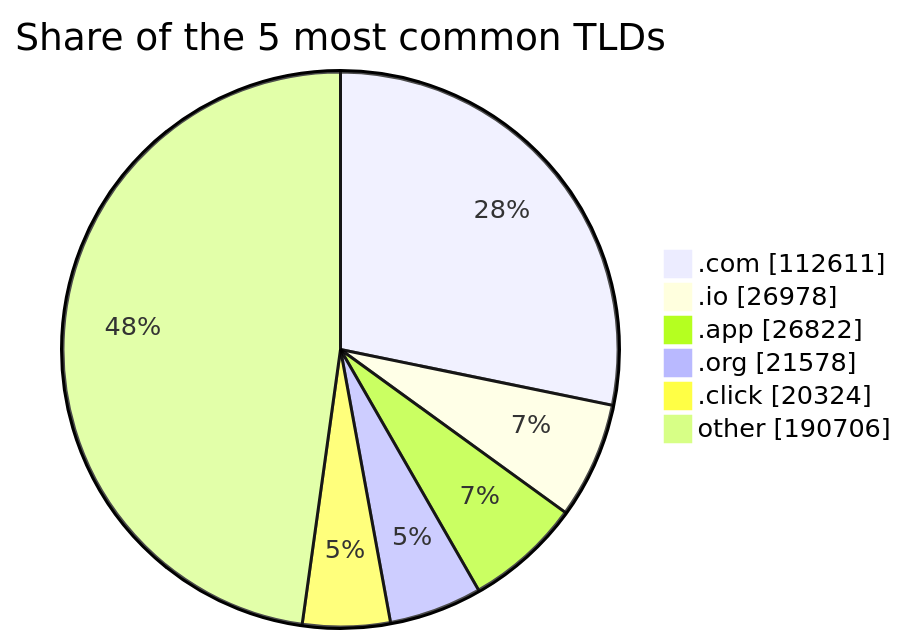
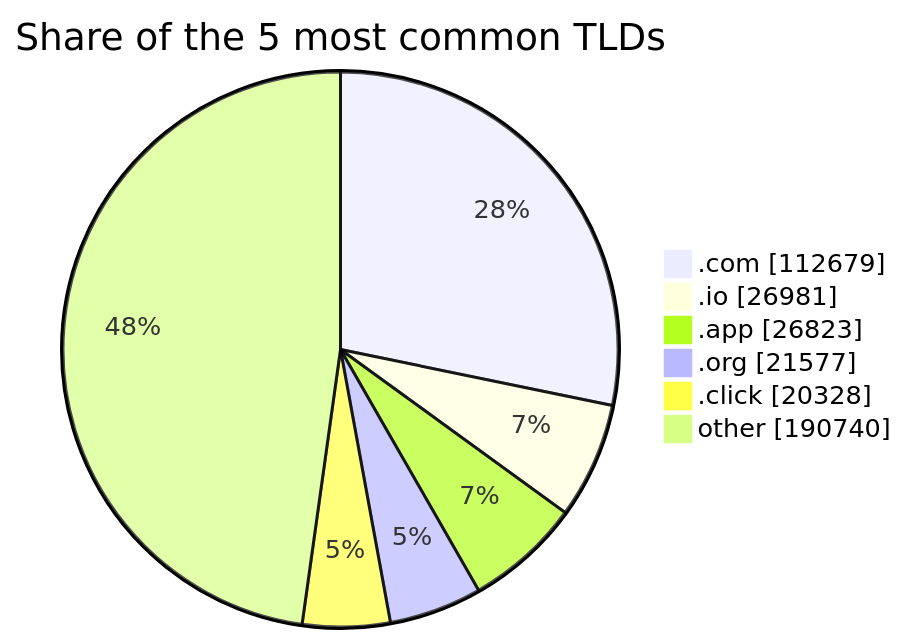
One commit to DNSBunker/CTI changed the third of 3 diagrams in README.md. Above: the diagram before and after it, drawn with Mermaid. The commit also changed other lines of this file and 3 other files, not shown here.

````diff
--- a/README.md
+++ b/README.md
@@ -81,9 +81,9 @@
 ```mermaid
 pie showData title Share of the 5 most common TLDs
-    ".com" : 112611
-    ".io" : 26978
-    ".app" : 26822
-    ".org" : 21578
-    ".click" : 20324
-    "other" : 190706
+    ".com" : 112679
+    ".io" : 26981
+    ".app" : 26823
+    ".org" : 21577
+    ".click" : 20328
+    "other" : 190740
 ```
````
